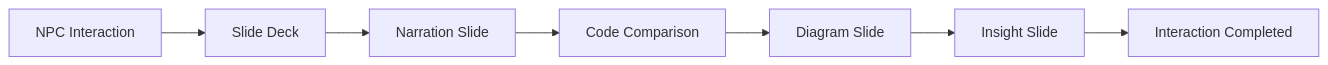
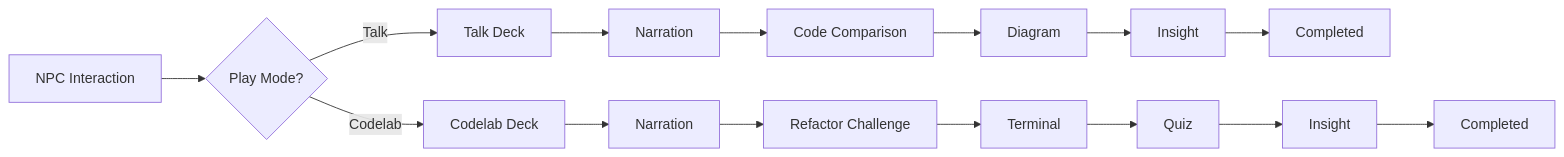
The diagram in docs/04-dialogue-system.md (jorgecasar/legacy-s-end-2), drawn with Mermaid before and after one commit. The commit also changed other lines of this file and 21 other files, not shown here.

````diff
--- a/docs/04-dialogue-system.md
+++ b/docs/04-dialogue-system.md
@@ -5,9 +9,19 @@
 ```mermaid
 graph LR
-    NPC[NPC Interaction] --> Deck[Slide Deck]
-    Deck --> S1[Narration Slide]
-    S1 --> S2[Code Comparison]
-    S2 --> S3[Diagram Slide]
-    S3 --> S4[Insight Slide]
-    S4 --> End[Interaction Completed]
+    NPC[NPC Interaction] --> Mode{Play Mode?}
+    Mode -->|Talk| TalkDeck[Talk Deck]
+    Mode -->|Codelab| CodelabDeck[Codelab Deck]
+
+    TalkDeck --> N1[Narration]
+    N1 --> CC[Code Comparison]
+    CC --> D[Diagram]
+    D --> I1[Insight]
+    I1 --> End1[Completed]
+
+    CodelabDeck --> N2[Narration]
+    N2 --> RC[Refactor Challenge]
+    RC --> T[Terminal]
+    T --> Q[Quiz]
+    Q --> I2[Insight]
+    I2 --> End2[Completed]
 ```
````
